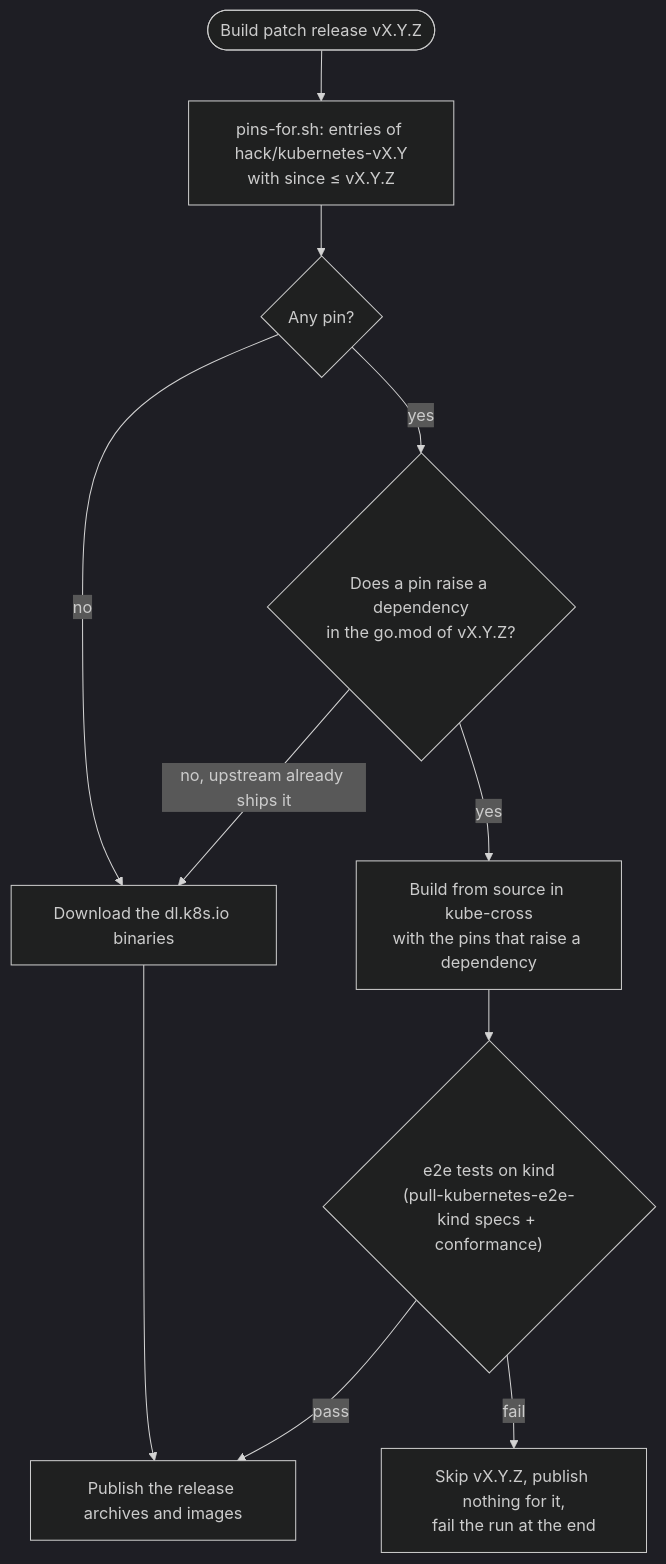
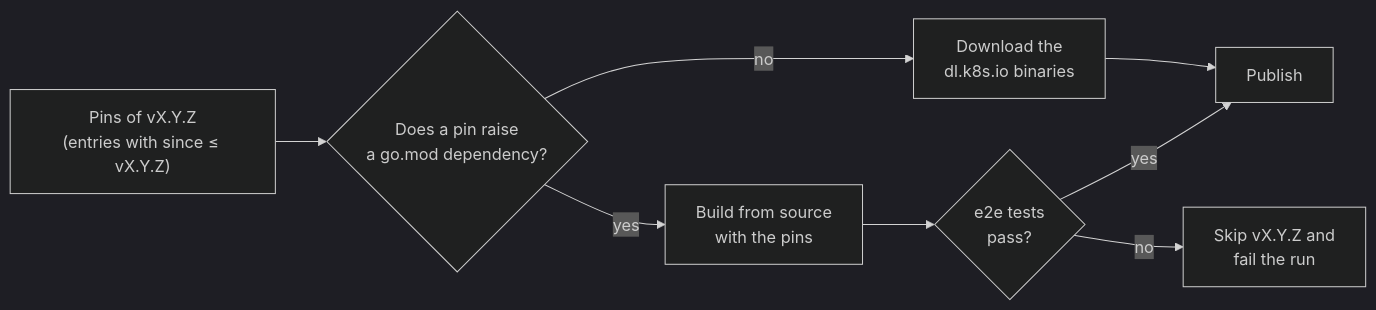
Before and after one commit to loft-sh/kubernetes: the diagram in README.md, drawn with Mermaid (dark theme).

Commit message:
docs: make the pin build diagram short enough for github to render inline
GitHub left the 1866 px tall top-down diagram blank until opened full screen; a left-to-right layout with shorter labels is 176 px tall and says the same.

````diff
--- a/README.md
+++ b/README.md
@@ -104,13 +104,8 @@
 ```mermaid
-flowchart TD
-    start([Build patch release vX.Y.Z]) --> pins["pins-for.sh: entries of hack/kubernetes-vX.Y<br/>with since &le; vX.Y.Z"]
-    pins --> any{Any pin?}
-    any -- no --> copy[Download the dl.k8s.io binaries]
-    any -- yes --> raises{"Does a pin raise a dependency<br/>in the go.mod of vX.Y.Z?"}
-    raises -- "no, upstream already ships it" --> copy
-    raises -- yes --> source["Build from source in kube-cross<br/>with the pins that raise a dependency"]
-    source --> e2e{"e2e tests on kind<br/>(pull-kubernetes-e2e-kind specs + conformance)"}
-    e2e -- pass --> publish[Publish the release archives and images]
-    e2e -- fail --> skip["Skip vX.Y.Z, publish nothing for it,<br/>fail the run at the end"]
-    copy --> publish
+flowchart LR
+    pins["Pins of vX.Y.Z<br/>(entries with since ≤ vX.Y.Z)"] --> raise{"Does a pin raise<br/>a go.mod dependency?"}
+    raise -- no --> copy["Download the<br/>dl.k8s.io binaries"] --> publish["Publish"]
+    raise -- yes --> source["Build from source<br/>with the pins"] --> e2e{"e2e tests<br/>pass?"}
+    e2e -- yes --> publish
+    e2e -- no --> skip["Skip vX.Y.Z and<br/>fail the run"]
 ```
````
